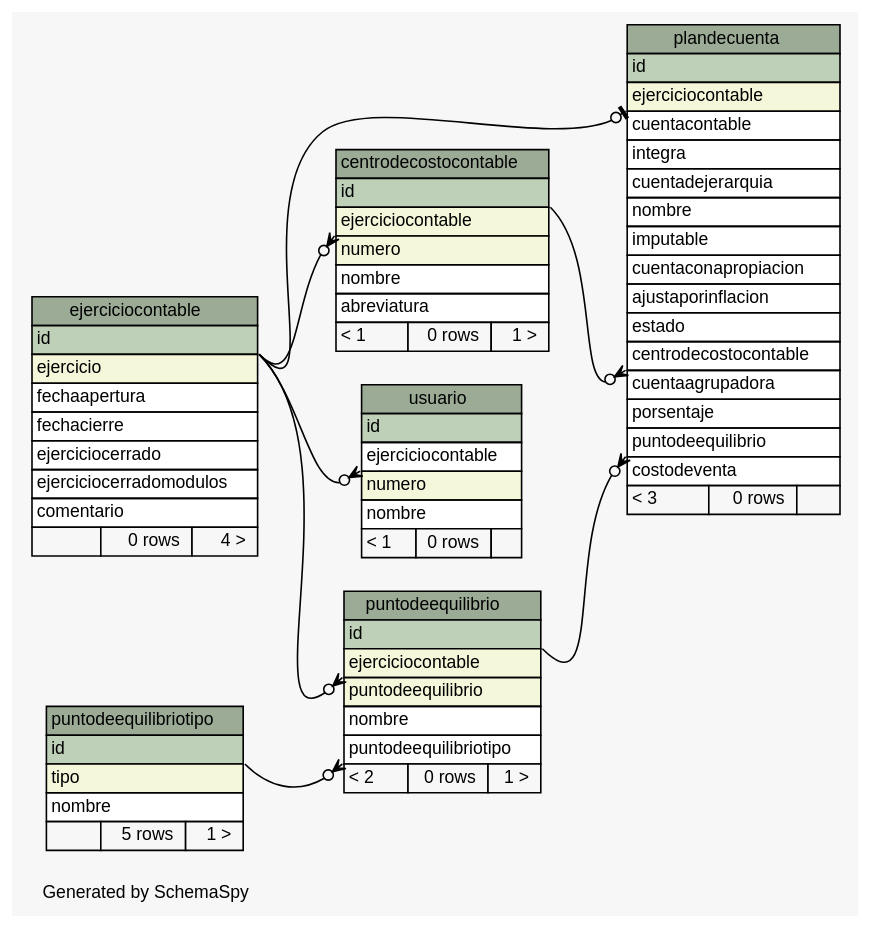
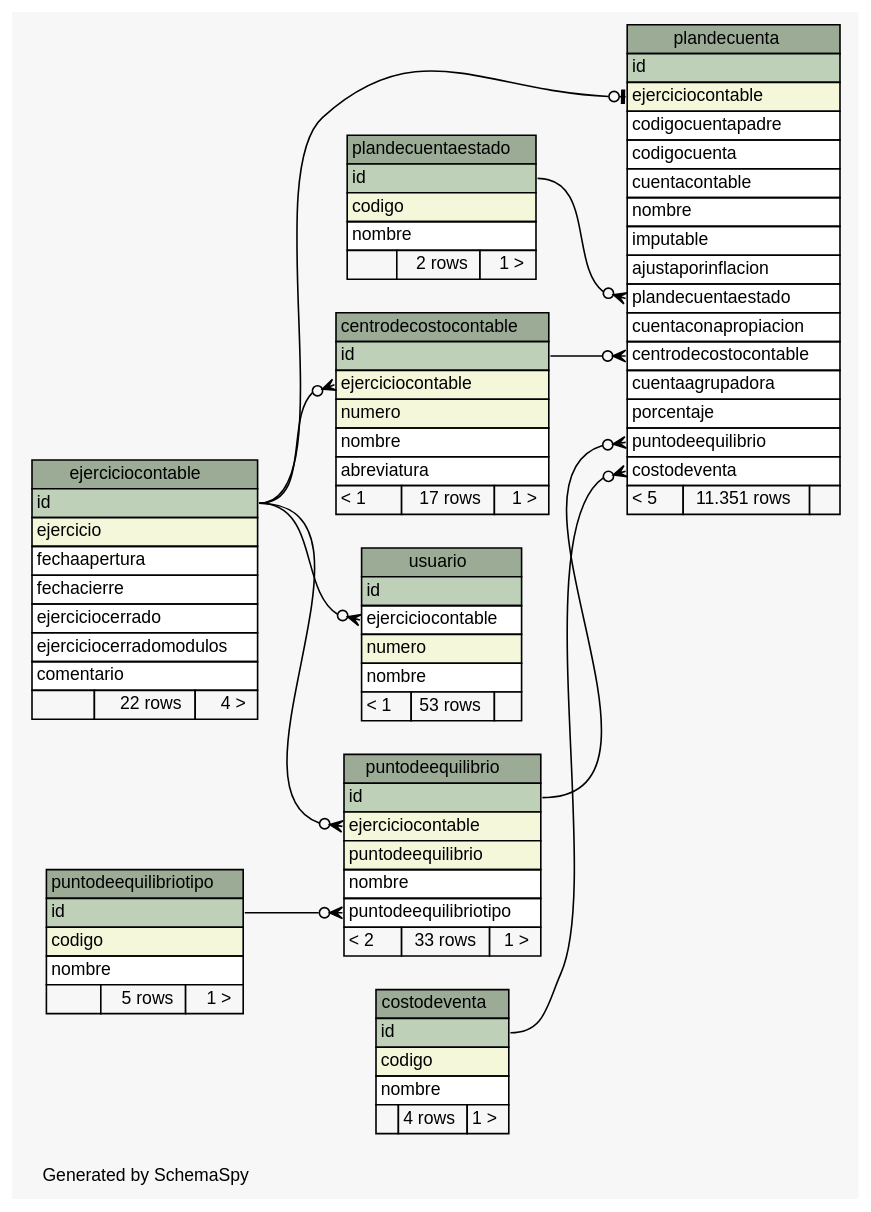
One commit to sebaalvarez/massoftware changed the diagram in sql/postgresql/schemaSpy/salida/diagrams/summary/relationships.real.large.dot. Above: the diagram before and after it, drawn with Graphviz. The commit also changed 651 other files, not shown here.

```diff
--- a/sql/postgresql/schemaSpy/salida/diagrams/summary/relationships.real.large.dot
+++ b/sql/postgresql/schemaSpy/salida/diagrams/summary/relationships.real.large.dot
@@ -1,122 +1,148 @@
-// dot 2.2.1 on Windows 10 10.0
+// dot 2.38.0 on Windows 10 10.0
 // SchemaSpy rev 590
 digraph "largeRelationshipsDiagram" {
   graph [
     rankdir="RL"
     bgcolor="#f7f7f7"
     label="\nGenerated by SchemaSpy"
     labeljust="l"
     nodesep="0.18"
     ranksep="0.46"
     fontname="Helvetica"
     fontsize="11"
   ];
   node [
     fontname="Helvetica"
     fontsize="11"
     shape="plaintext"
   ];
   edge [
     arrowsize="0.8"
   ];
   "centrodecostocontable" [
     label=<
     <TABLE BORDER="0" CELLBORDER="1" CELLSPACING="0" BGCOLOR="#ffffff">
       <TR><TD COLSPAN="3" BGCOLOR="#9bab96" ALIGN="CENTER">centrodecostocontable</TD></TR>
       <TR><TD PORT="id" COLSPAN="3" BGCOLOR="#bed1b8" ALIGN="LEFT">id</TD></TR>
       <TR><TD PORT="ejerciciocontable" COLSPAN="3" BGCOLOR="#f4f7da" ALIGN="LEFT">ejerciciocontable</TD></TR>
       <TR><TD PORT="numero" COLSPAN="3" BGCOLOR="#f4f7da" ALIGN="LEFT">numero</TD></TR>
       <TR><TD PORT="nombre" COLSPAN="3" ALIGN="LEFT">nombre</TD></TR>
       <TR><TD PORT="abreviatura" COLSPAN="3" ALIGN="LEFT">abreviatura</TD></TR>
-      <TR><TD ALIGN="LEFT" BGCOLOR="#f7f7f7">&lt; 1</TD><TD ALIGN="RIGHT" BGCOLOR="#f7f7f7">0 rows</TD><TD ALIGN="RIGHT" BGCOLOR="#f7f7f7">1 &gt;</TD></TR>
+      <TR><TD ALIGN="LEFT" BGCOLOR="#f7f7f7">&lt; 1</TD><TD ALIGN="RIGHT" BGCOLOR="#f7f7f7">17 rows</TD><TD ALIGN="RIGHT" BGCOLOR="#f7f7f7">1 &gt;</TD></TR>
     </TABLE>>
     URL="tables/centrodecostocontable.html"
     tooltip="centrodecostocontable"
+  ];
+  "costodeventa" [
+    label=<
+    <TABLE BORDER="0" CELLBORDER="1" CELLSPACING="0" BGCOLOR="#ffffff">
+      <TR><TD COLSPAN="3" BGCOLOR="#9bab96" ALIGN="CENTER">costodeventa</TD></TR>
+      <TR><TD PORT="id" COLSPAN="3" BGCOLOR="#bed1b8" ALIGN="LEFT">id</TD></TR>
+      <TR><TD PORT="codigo" COLSPAN="3" BGCOLOR="#f4f7da" ALIGN="LEFT">codigo</TD></TR>
+      <TR><TD PORT="nombre" COLSPAN="3" ALIGN="LEFT">nombre</TD></TR>
+      <TR><TD ALIGN="LEFT" BGCOLOR="#f7f7f7">  </TD><TD ALIGN="RIGHT" BGCOLOR="#f7f7f7">4 rows</TD><TD ALIGN="RIGHT" BGCOLOR="#f7f7f7">1 &gt;</TD></TR>
+    </TABLE>>
+    URL="tables/costodeventa.html"
+    tooltip="costodeventa"
   ];
   "ejerciciocontable" [
     label=<
     <TABLE BORDER="0" CELLBORDER="1" CELLSPACING="0" BGCOLOR="#ffffff">
       <TR><TD COLSPAN="3" BGCOLOR="#9bab96" ALIGN="CENTER">ejerciciocontable</TD></TR>
       <TR><TD PORT="id" COLSPAN="3" BGCOLOR="#bed1b8" ALIGN="LEFT">id</TD></TR>
       <TR><TD PORT="ejercicio" COLSPAN="3" BGCOLOR="#f4f7da" ALIGN="LEFT">ejercicio</TD></TR>
       <TR><TD PORT="fechaapertura" COLSPAN="3" ALIGN="LEFT">fechaapertura</TD></TR>
       <TR><TD PORT="fechacierre" COLSPAN="3" ALIGN="LEFT">fechacierre</TD></TR>
       <TR><TD PORT="ejerciciocerrado" COLSPAN="3" ALIGN="LEFT">ejerciciocerrado</TD></TR>
       <TR><TD PORT="ejerciciocerradomodulos" COLSPAN="3" ALIGN="LEFT">ejerciciocerradomodulos</TD></TR>
       <TR><TD PORT="comentario" COLSPAN="3" ALIGN="LEFT">comentario</TD></TR>
-      <TR><TD ALIGN="LEFT" BGCOLOR="#f7f7f7">  </TD><TD ALIGN="RIGHT" BGCOLOR="#f7f7f7">0 rows</TD><TD ALIGN="RIGHT" BGCOLOR="#f7f7f7">4 &gt;</TD></TR>
+      <TR><TD ALIGN="LEFT" BGCOLOR="#f7f7f7">  </TD><TD ALIGN="RIGHT" BGCOLOR="#f7f7f7">22 rows</TD><TD ALIGN="RIGHT" BGCOLOR="#f7f7f7">4 &gt;</TD></TR>
     </TABLE>>
     URL="tables/ejerciciocontable.html"
     tooltip="ejerciciocontable"
   ];
   "plandecuenta" [
     label=<
     <TABLE BORDER="0" CELLBORDER="1" CELLSPACING="0" BGCOLOR="#ffffff">
       <TR><TD COLSPAN="3" BGCOLOR="#9bab96" ALIGN="CENTER">plandecuenta</TD></TR>
       <TR><TD PORT="id" COLSPAN="3" BGCOLOR="#bed1b8" ALIGN="LEFT">id</TD></TR>
       <TR><TD PORT="ejerciciocontable" COLSPAN="3" BGCOLOR="#f4f7da" ALIGN="LEFT">ejerciciocontable</TD></TR>
+      <TR><TD PORT="codigocuentapadre" COLSPAN="3" ALIGN="LEFT">codigocuentapadre</TD></TR>
+      <TR><TD PORT="codigocuenta" COLSPAN="3" ALIGN="LEFT">codigocuenta</TD></TR>
       <TR><TD PORT="cuentacontable" COLSPAN="3" ALIGN="LEFT">cuentacontable</TD></TR>
-      <TR><TD PORT="integra" COLSPAN="3" ALIGN="LEFT">integra</TD></TR>
-      <TR><TD PORT="cuentadejerarquia" COLSPAN="3" ALIGN="LEFT">cuentadejerarquia</TD></TR>
       <TR><TD PORT="nombre" COLSPAN="3" ALIGN="LEFT">nombre</TD></TR>
       <TR><TD PORT="imputable" COLSPAN="3" ALIGN="LEFT">imputable</TD></TR>
+      <TR><TD PORT="ajustaporinflacion" COLSPAN="3" ALIGN="LEFT">ajustaporinflacion</TD></TR>
+      <TR><TD PORT="plandecuentaestado" COLSPAN="3" ALIGN="LEFT">plandecuentaestado</TD></TR>
       <TR><TD PORT="cuentaconapropiacion" COLSPAN="3" ALIGN="LEFT">cuentaconapropiacion</TD></TR>
-      <TR><TD PORT="ajustaporinflacion" COLSPAN="3" ALIGN="LEFT">ajustaporinflacion</TD></TR>
-      <TR><TD PORT="estado" COLSPAN="3" ALIGN="LEFT">estado</TD></TR>
       <TR><TD PORT="centrodecostocontable" COLSPAN="3" ALIGN="LEFT">centrodecostocontable</TD></TR>
       <TR><TD PORT="cuentaagrupadora" COLSPAN="3" ALIGN="LEFT">cuentaagrupadora</TD></TR>
-      <TR><TD PORT="porsentaje" COLSPAN="3" ALIGN="LEFT">porsentaje</TD></TR>
+      <TR><TD PORT="porcentaje" COLSPAN="3" ALIGN="LEFT">porcentaje</TD></TR>
       <TR><TD PORT="puntodeequilibrio" COLSPAN="3" ALIGN="LEFT">puntodeequilibrio</TD></TR>
       <TR><TD PORT="costodeventa" COLSPAN="3" ALIGN="LEFT">costodeventa</TD></TR>
-      <TR><TD ALIGN="LEFT" BGCOLOR="#f7f7f7">&lt; 3</TD><TD ALIGN="RIGHT" BGCOLOR="#f7f7f7">0 rows</TD><TD ALIGN="RIGHT" BGCOLOR="#f7f7f7">  </TD></TR>
+      <TR><TD ALIGN="LEFT" BGCOLOR="#f7f7f7">&lt; 5</TD><TD ALIGN="RIGHT" BGCOLOR="#f7f7f7">11.351 rows</TD><TD ALIGN="RIGHT" BGCOLOR="#f7f7f7">  </TD></TR>
     </TABLE>>
     URL="tables/plandecuenta.html"
     tooltip="plandecuenta"
+  ];
+  "plandecuentaestado" [
+    label=<
+    <TABLE BORDER="0" CELLBORDER="1" CELLSPACING="0" BGCOLOR="#ffffff">
+      <TR><TD COLSPAN="3" BGCOLOR="#9bab96" ALIGN="CENTER">plandecuentaestado</TD></TR>
+      <TR><TD PORT="id" COLSPAN="3" BGCOLOR="#bed1b8" ALIGN="LEFT">id</TD></TR>
+      <TR><TD PORT="codigo" COLSPAN="3" BGCOLOR="#f4f7da" ALIGN="LEFT">codigo</TD></TR>
+      <TR><TD PORT="nombre" COLSPAN="3" ALIGN="LEFT">nombre</TD></TR>
+      <TR><TD ALIGN="LEFT" BGCOLOR="#f7f7f7">  </TD><TD ALIGN="RIGHT" BGCOLOR="#f7f7f7">2 rows</TD><TD ALIGN="RIGHT" BGCOLOR="#f7f7f7">1 &gt;</TD></TR>
+    </TABLE>>
+    URL="tables/plandecuentaestado.html"
+    tooltip="plandecuentaestado"
   ];
   "puntodeequilibrio" [
     label=<
     <TABLE BORDER="0" CELLBORDER="1" CELLSPACING="0" BGCOLOR="#ffffff">
       <TR><TD COLSPAN="3" BGCOLOR="#9bab96" ALIGN="CENTER">puntodeequilibrio</TD></TR>
       <TR><TD PORT="id" COLSPAN="3" BGCOLOR="#bed1b8" ALIGN="LEFT">id</TD></TR>
       <TR><TD PORT="ejerciciocontable" COLSPAN="3" BGCOLOR="#f4f7da" ALIGN="LEFT">ejerciciocontable</TD></TR>
       <TR><TD PORT="puntodeequilibrio" COLSPAN="3" BGCOLOR="#f4f7da" ALIGN="LEFT">puntodeequilibrio</TD></TR>
       <TR><TD PORT="nombre" COLSPAN="3" ALIGN="LEFT">nombre</TD></TR>
       <TR><TD PORT="puntodeequilibriotipo" COLSPAN="3" ALIGN="LEFT">puntodeequilibriotipo</TD></TR>
-      <TR><TD ALIGN="LEFT" BGCOLOR="#f7f7f7">&lt; 2</TD><TD ALIGN="RIGHT" BGCOLOR="#f7f7f7">0 rows</TD><TD ALIGN="RIGHT" BGCOLOR="#f7f7f7">1 &gt;</TD></TR>
+      <TR><TD ALIGN="LEFT" BGCOLOR="#f7f7f7">&lt; 2</TD><TD ALIGN="RIGHT" BGCOLOR="#f7f7f7">33 rows</TD><TD ALIGN="RIGHT" BGCOLOR="#f7f7f7">1 &gt;</TD></TR>
     </TABLE>>
     URL="tables/puntodeequilibrio.html"
     tooltip="puntodeequilibrio"
   ];
   "puntodeequilibriotipo" [
     label=<
     <TABLE BORDER="0" CELLBORDER="1" CELLSPACING="0" BGCOLOR="#ffffff">
       <TR><TD COLSPAN="3" BGCOLOR="#9bab96" ALIGN="CENTER">puntodeequilibriotipo</TD></TR>
       <TR><TD PORT="id" COLSPAN="3" BGCOLOR="#bed1b8" ALIGN="LEFT">id</TD></TR>
-      <TR><TD PORT="tipo" COLSPAN="3" BGCOLOR="#f4f7da" ALIGN="LEFT">tipo</TD></TR>
+      <TR><TD PORT="codigo" COLSPAN="3" BGCOLOR="#f4f7da" ALIGN="LEFT">codigo</TD></TR>
       <TR><TD PORT="nombre" COLSPAN="3" ALIGN="LEFT">nombre</TD></TR>
       <TR><TD ALIGN="LEFT" BGCOLOR="#f7f7f7">  </TD><TD ALIGN="RIGHT" BGCOLOR="#f7f7f7">5 rows</TD><TD ALIGN="RIGHT" BGCOLOR="#f7f7f7">1 &gt;</TD></TR>
     </TABLE>>
     URL="tables/puntodeequilibriotipo.html"
     tooltip="puntodeequilibriotipo"
   ];
   "usuario" [
     label=<
     <TABLE BORDER="0" CELLBORDER="1" CELLSPACING="0" BGCOLOR="#ffffff">
       <TR><TD COLSPAN="3" BGCOLOR="#9bab96" ALIGN="CENTER">usuario</TD></TR>
       <TR><TD PORT="id" COLSPAN="3" BGCOLOR="#bed1b8" ALIGN="LEFT">id</TD></TR>
       <TR><TD PORT="ejerciciocontable" COLSPAN="3" ALIGN="LEFT">ejerciciocontable</TD></TR>
       <TR><TD PORT="numero" COLSPAN="3" BGCOLOR="#f4f7da" ALIGN="LEFT">numero</TD></TR>
       <TR><TD PORT="nombre" COLSPAN="3" ALIGN="LEFT">nombre</TD></TR>
-      <TR><TD ALIGN="LEFT" BGCOLOR="#f7f7f7">&lt; 1</TD><TD ALIGN="RIGHT" BGCOLOR="#f7f7f7">0 rows</TD><TD ALIGN="RIGHT" BGCOLOR="#f7f7f7">  </TD></TR>
+      <TR><TD ALIGN="LEFT" BGCOLOR="#f7f7f7">&lt; 1</TD><TD ALIGN="RIGHT" BGCOLOR="#f7f7f7">53 rows</TD><TD ALIGN="RIGHT" BGCOLOR="#f7f7f7">  </TD></TR>
     </TABLE>>
     URL="tables/usuario.html"
     tooltip="usuario"
   ];
-  "centrodecostocontable":"ejerciciocontable":sw -> "ejerciciocontable":"id":se [arrowhead=none dir=back arrowtail=crowodot];
-  "plandecuenta":"centrodecostocontable":sw -> "centrodecostocontable":"id":se [arrowhead=none dir=back arrowtail=crowodot];
-  "plandecuenta":"ejerciciocontable":sw -> "ejerciciocontable":"id":se [arrowhead=none dir=back arrowtail=teeodot];
-  "plandecuenta":"puntodeequilibrio":sw -> "puntodeequilibrio":"id":se [arrowhead=none dir=back arrowtail=crowodot];
-  "puntodeequilibrio":"ejerciciocontable":sw -> "ejerciciocontable":"id":se [arrowhead=none dir=back arrowtail=crowodot];
-  "puntodeequilibrio":"puntodeequilibriotipo":sw -> "puntodeequilibriotipo":"id":se [arrowhead=none dir=back arrowtail=crowodot];
-  "usuario":"ejerciciocontable":sw -> "ejerciciocontable":"id":se [arrowhead=none dir=back arrowtail=crowodot];
+  "centrodecostocontable":"ejerciciocontable":w -> "ejerciciocontable":"id":e [arrowhead=none dir=back arrowtail=crowodot];
+  "plandecuenta":"centrodecostocontable":w -> "centrodecostocontable":"id":e [arrowhead=none dir=back arrowtail=crowodot];
+  "plandecuenta":"costodeventa":w -> "costodeventa":"id":e [arrowhead=none dir=back arrowtail=crowodot];
+  "plandecuenta":"ejerciciocontable":w -> "ejerciciocontable":"id":e [arrowhead=none dir=back arrowtail=teeodot];
+  "plandecuenta":"plandecuentaestado":w -> "plandecuentaestado":"id":e [arrowhead=none dir=back arrowtail=crowodot];
+  "plandecuenta":"puntodeequilibrio":w -> "puntodeequilibrio":"id":e [arrowhead=none dir=back arrowtail=crowodot];
+  "puntodeequilibrio":"ejerciciocontable":w -> "ejerciciocontable":"id":e [arrowhead=none dir=back arrowtail=crowodot];
+  "puntodeequilibrio":"puntodeequilibriotipo":w -> "puntodeequilibriotipo":"id":e [arrowhead=none dir=back arrowtail=crowodot];
+  "usuario":"ejerciciocontable":w -> "ejerciciocontable":"id":e [arrowhead=none dir=back arrowtail=crowodot];
 }
```
